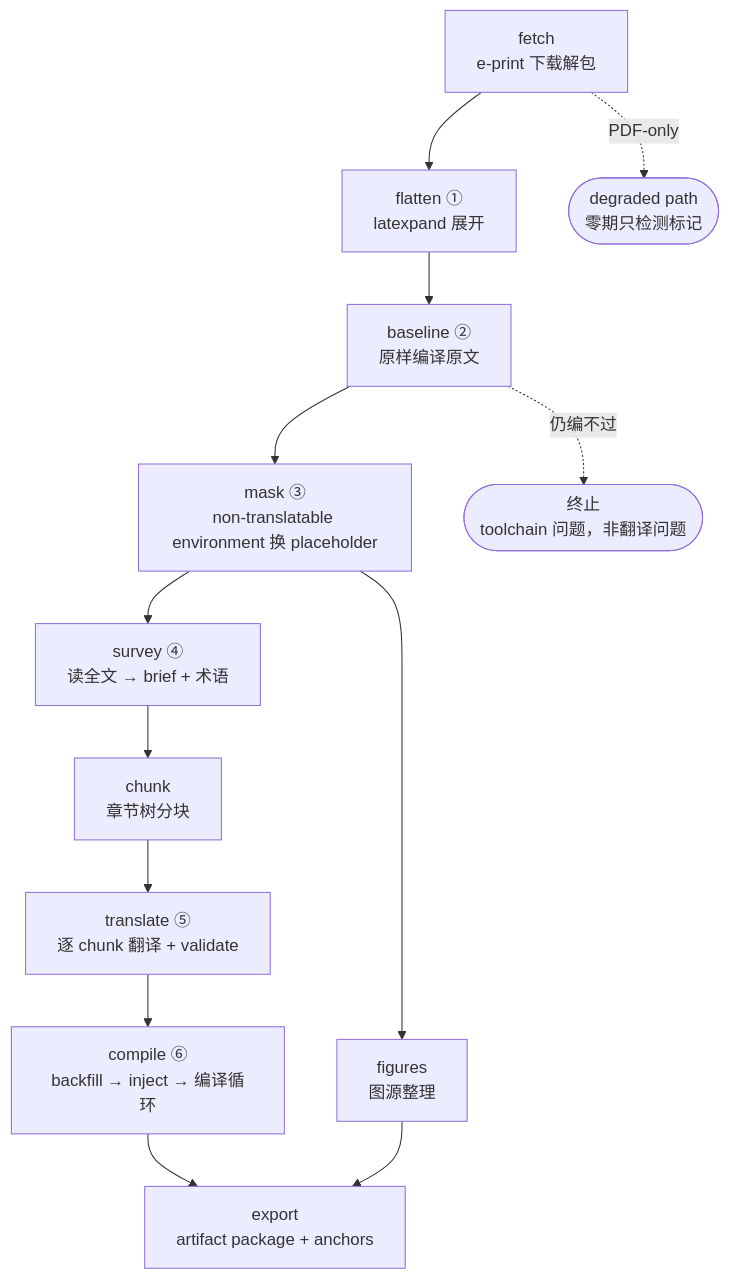
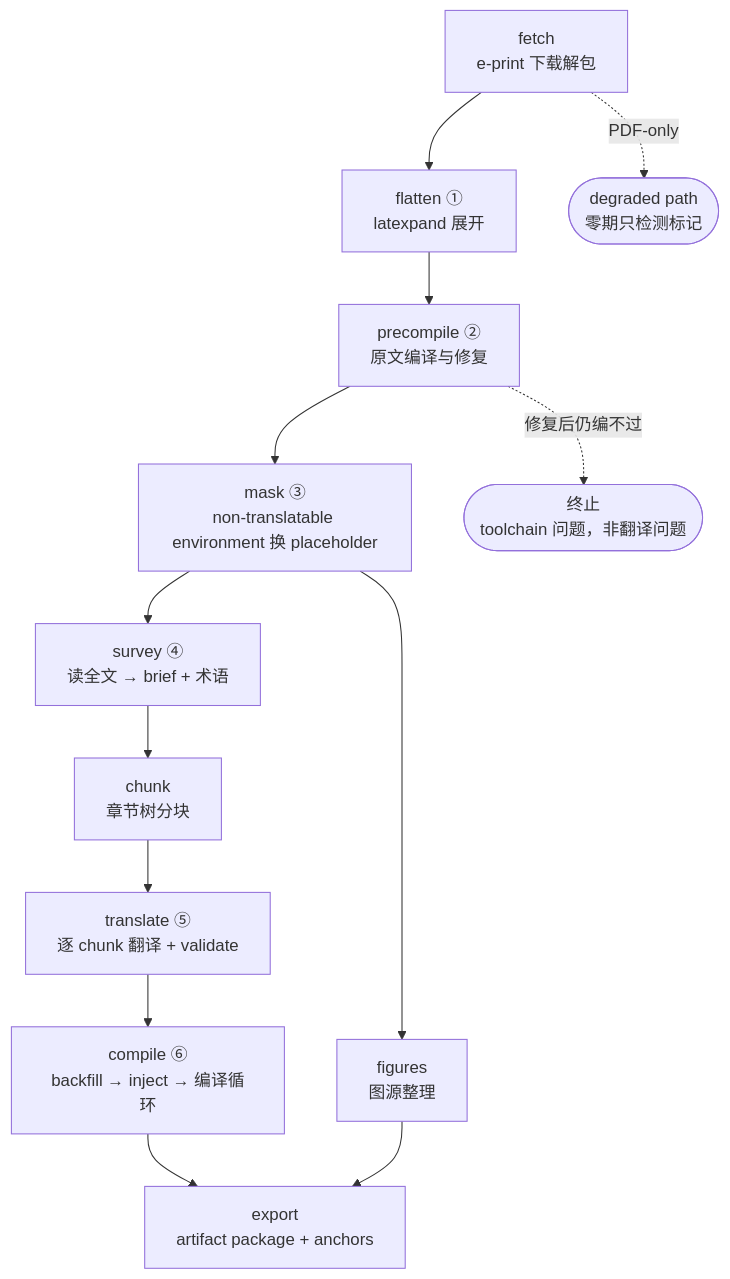
The diagram in docs/ARCHITECTURE.md (yhnocoder/tongtu), drawn with Mermaid before and after one commit. The commit also changed other lines of this file and 19 other files, not shown here.

````diff
--- a/docs/ARCHITECTURE.md
+++ b/docs/ARCHITECTURE.md
@@ -17,21 +17,21 @@
 ```mermaid
 flowchart TD
     fetch["fetch<br/>e-print 下载解包"]
     flatten["flatten ①<br/>latexpand 展开"]
-    baseline["baseline ②<br/>原样编译原文"]
+    precompile["precompile ②<br/>原文编译与修复"]
     mask["mask ③<br/>non-translatable environment 换 placeholder"]
     survey["survey ④<br/>读全文 → brief + 术语"]
     chunk["chunk<br/>章节树分块"]
     translate["translate ⑤<br/>逐 chunk 翻译 + validate"]
     compile["compile ⑥<br/>backfill → inject → 编译循环"]
     figures["figures<br/>图源整理"]
     export["export<br/>artifact package + anchors"]
     fallback(["degraded path<br/>零期只检测标记"])
     stop(["终止<br/>toolchain 问题，非翻译问题"])
 
-    fetch --> flatten --> baseline --> mask
+    fetch --> flatten --> precompile --> mask
     fetch -. PDF-only .-> fallback
-    baseline -. 仍编不过 .-> stop
+    precompile -. 修复后仍编不过 .-> stop
     mask --> survey --> chunk --> translate --> compile --> export
     mask --> figures --> export
 ```
````
